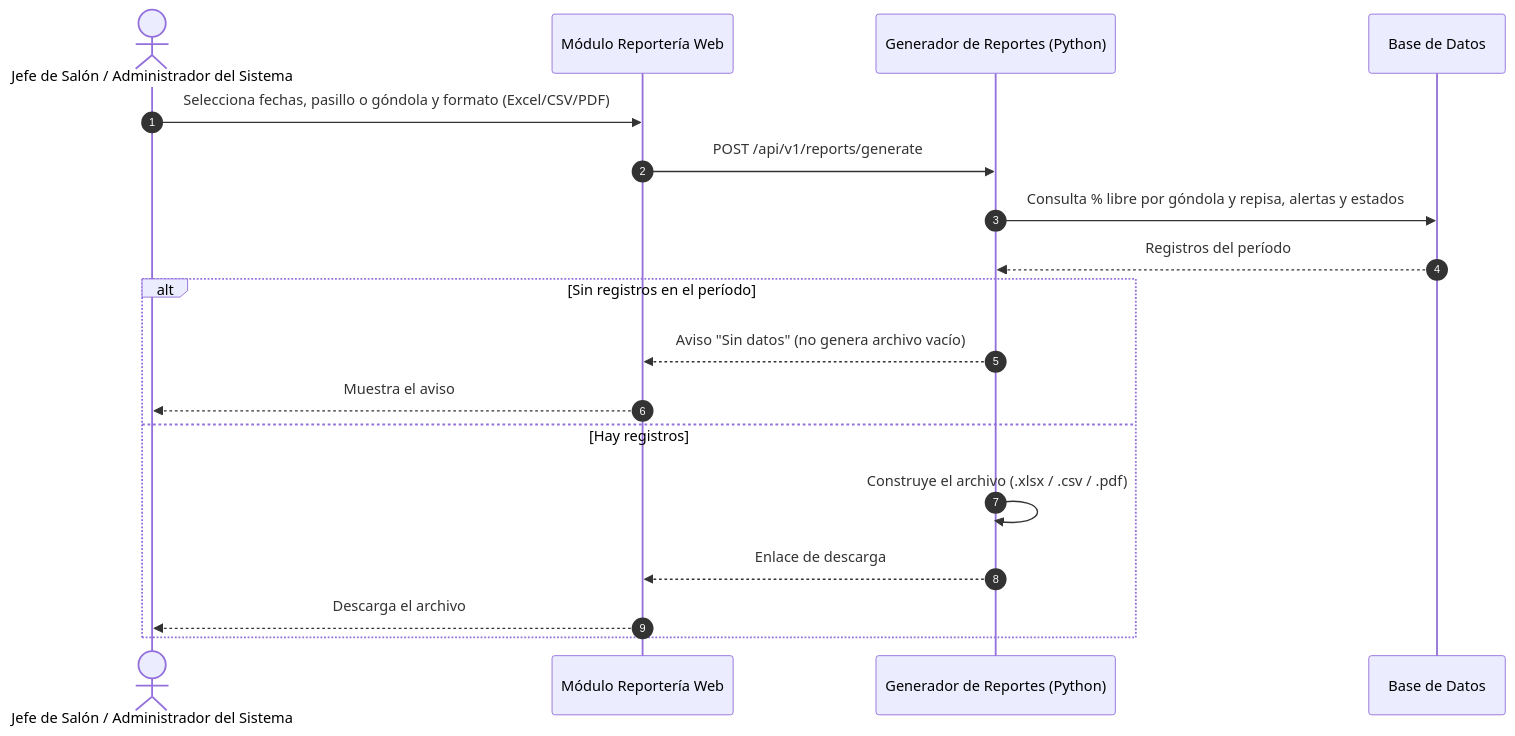
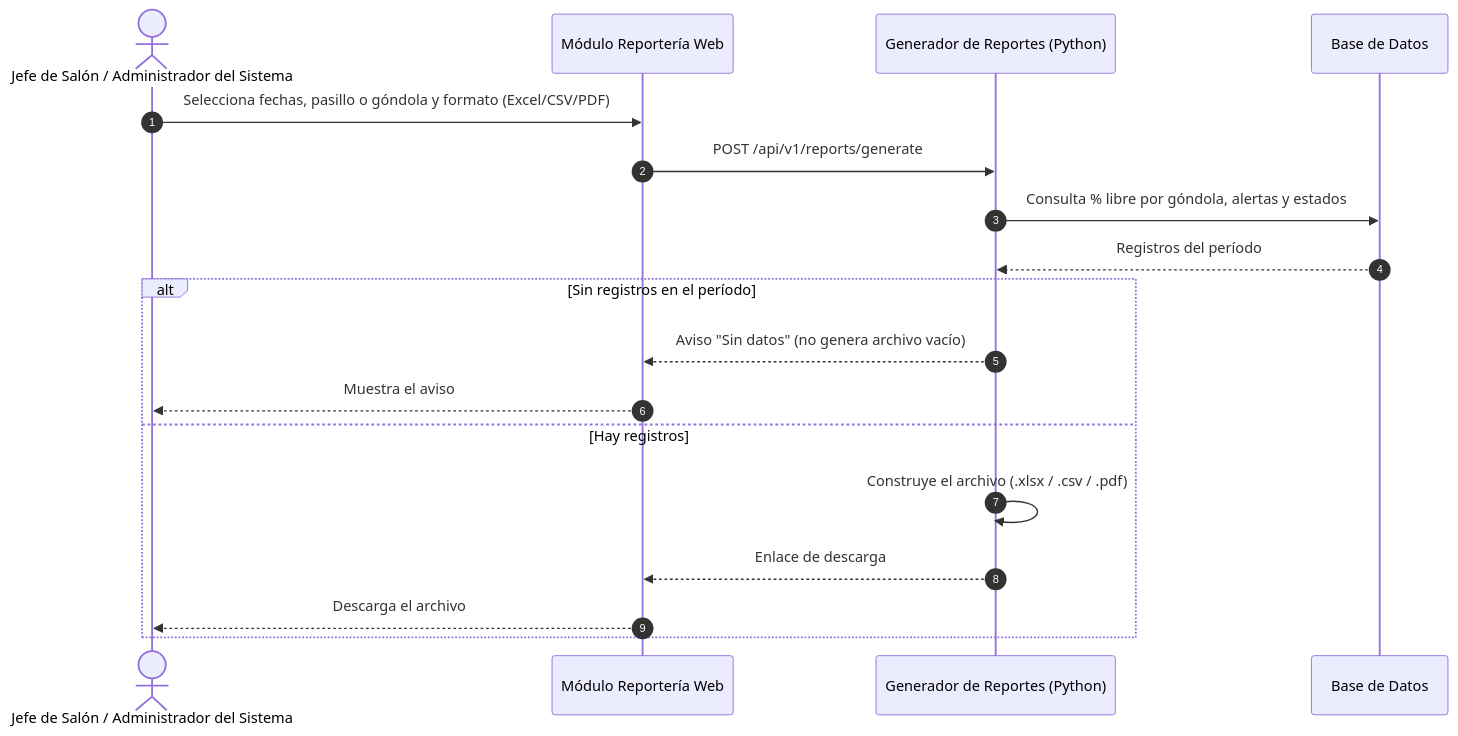
One commit to marianapeachy/capstone changed the diagram in Anexos/Diseño/Diagramas fuente (Mermaid)/Diagrama C.U 04.mmd. Above: the diagram before and after it, drawn with Mermaid. The commit also changed 26 other files, not shown here.

```diff
--- a/Anexos/Diseño/Diagramas fuente (Mermaid)/Diagrama C.U 04.mmd
+++ b/Anexos/Diseño/Diagramas fuente (Mermaid)/Diagrama C.U 04.mmd
@@ -1,18 +1,18 @@
 sequenceDiagram
     autonumber
     actor Sup as Jefe de Salón / Administrador del Sistema
     participant Web as Módulo Reportería Web
     participant Gen as Generador de Reportes (Python)
     participant BD as Base de Datos
     Sup->>Web: Selecciona fechas, pasillo o góndola y formato (Excel/CSV/PDF)
     Web->>Gen: POST /api/v1/reports/generate
-    Gen->>BD: Consulta % libre por góndola y repisa, alertas y estados
+    Gen->>BD: Consulta % libre por góndola, alertas y estados
     BD-->>Gen: Registros del período
     alt Sin registros en el período
         Gen-->>Web: Aviso "Sin datos" (no genera archivo vacío)
         Web-->>Sup: Muestra el aviso
     else Hay registros
         Gen->>Gen: Construye el archivo (.xlsx / .csv / .pdf)
         Gen-->>Web: Enlace de descarga
         Web-->>Sup: Descarga el archivo
     end
```
